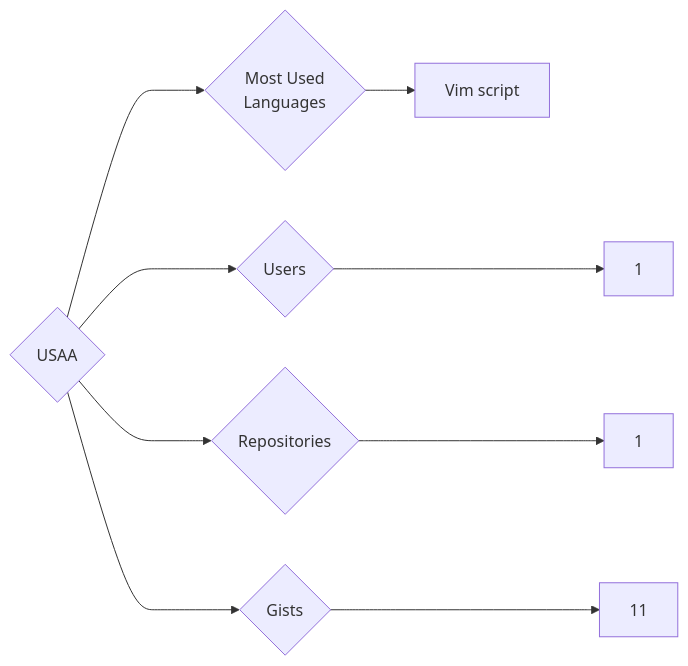
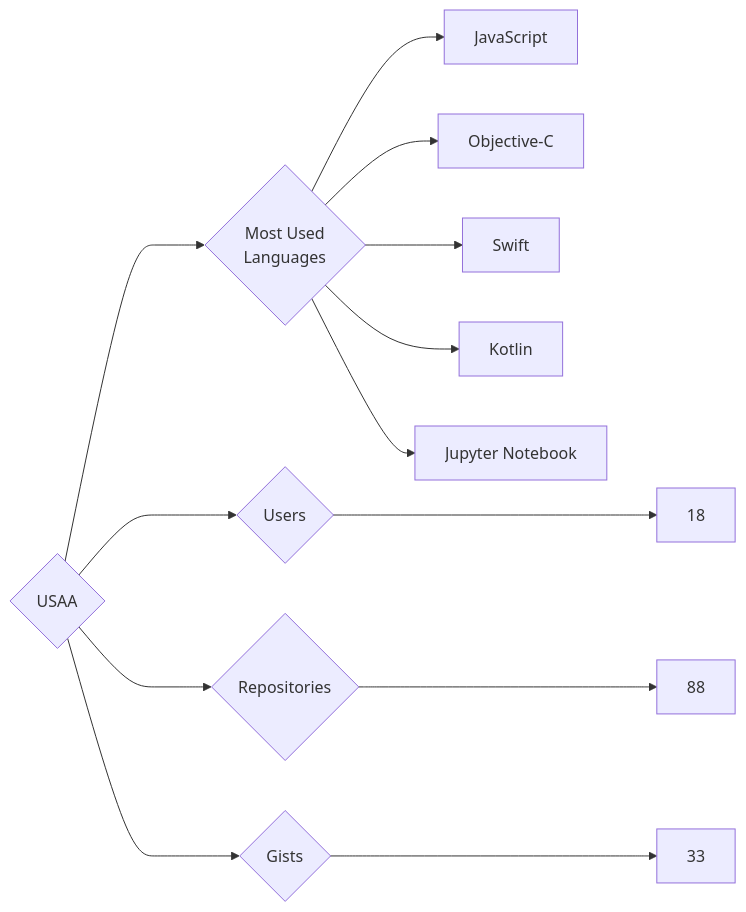
The diagram in targets/USAA/README.md (trickest/insiders), drawn with Mermaid before and after one commit. The commit also changed 870 other files, not shown here.

````diff
--- a/targets/USAA/README.md
+++ b/targets/USAA/README.md
@@ -3,9 +3,13 @@
 ```mermaid
 graph LR
 COMPANY_NAME{USAA}
-COMPANY_NAME ---> U{Users} ---> UN[1]
-COMPANY_NAME ---> R{Repositories} ---> RN[1]
-COMPANY_NAME ---> G{Gists} ---> GN[11]
+COMPANY_NAME ---> U{Users} ---> UN[18]
+COMPANY_NAME ---> R{Repositories} ---> RN[88]
+COMPANY_NAME ---> G{Gists} ---> GN[33]
 COMPANY_NAME ---> ML{Most Used<br>Languages}
-ML --> Vim_script[Vim script]
+ML --> JavaScript[JavaScript]
+ML --> Objective-C[Objective-C]
+ML --> Swift[Swift]
+ML --> Kotlin[Kotlin]
+ML --> Jupyter_Notebook[Jupyter Notebook]
 ```
````
